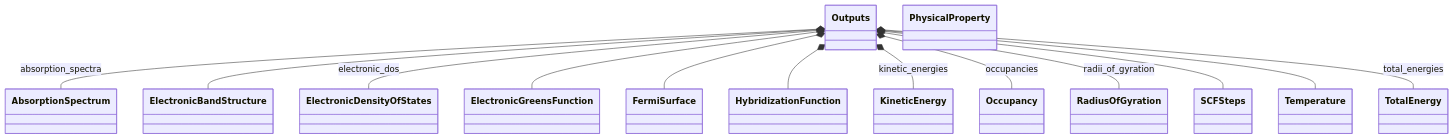
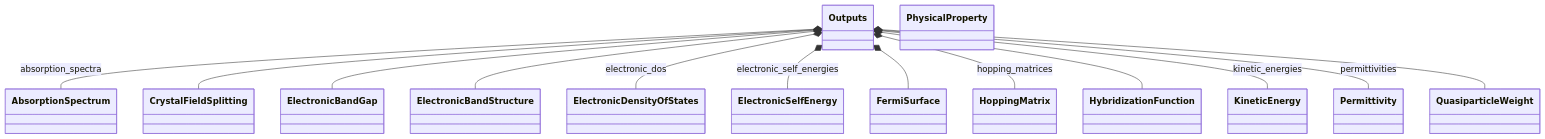
One commit to FAIRmat-NFDI/nomad-simulations changed the first of 2 diagrams in docs/schema/outputs.diagram.md. Above: the diagram before and after it, drawn with Mermaid. The commit also changed other lines of this file and 34 other files, not shown here.

````diff
--- a/docs/schema/outputs.diagram.md
+++ b/docs/schema/outputs.diagram.md
@@ -14,29 +14,43 @@
 ```mermaid
 classDiagram
-    class AbsorptionSpectrum
-    class ElectronicBandStructure
-    class ElectronicDensityOfStates
-    class ElectronicGreensFunction
-    class FermiSurface
-    class HybridizationFunction
-    class KineticEnergy
-    class Occupancy
-    class Outputs
-    class PhysicalProperty
-    class RadiusOfGyration
-    class SCFSteps
-    class Temperature
-    class TotalEnergy
+    class AbsorptionSpectrum {
+    }
+    class CrystalFieldSplitting {
+    }
+    class ElectronicBandGap {
+    }
+    class ElectronicBandStructure {
+    }
+    class ElectronicDensityOfStates {
+    }
+    class ElectronicSelfEnergy {
+    }
+    class FermiSurface {
+    }
+    class HoppingMatrix {
+    }
+    class HybridizationFunction {
+    }
+    class KineticEnergy {
+    }
+    class Outputs {
+    }
+    class Permittivity {
+    }
+    class PhysicalProperty {
+    }
+    class QuasiparticleWeight {
+    }
     Outputs *-- AbsorptionSpectrum : absorption_spectra
+    Outputs *-- CrystalFieldSplitting
+    Outputs *-- ElectronicBandGap
     Outputs *-- ElectronicBandStructure
     Outputs *-- ElectronicDensityOfStates : electronic_dos
-    Outputs *-- ElectronicGreensFunction
+    Outputs *-- ElectronicSelfEnergy : electronic_self_energies
     Outputs *-- FermiSurface
+    Outputs *-- HoppingMatrix : hopping_matrices
     Outputs *-- HybridizationFunction
     Outputs *-- KineticEnergy : kinetic_energies
-    Outputs *-- Occupancy : occupancies
-    Outputs *-- RadiusOfGyration : radii_of_gyration
-    Outputs *-- SCFSteps
-    Outputs *-- Temperature
-    Outputs *-- TotalEnergy : total_energies
+    Outputs *-- Permittivity : permittivities
+    Outputs *-- QuasiparticleWeight
 ```
````
